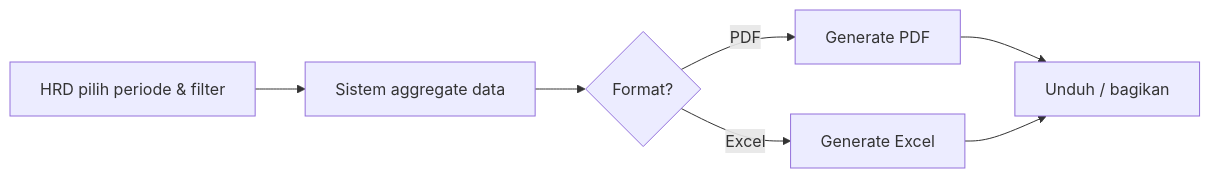
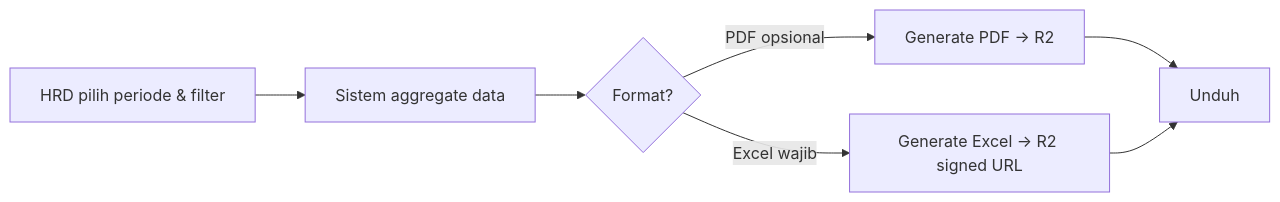
One commit to Capstone-Project-Team-B-2026/docs changed the sixth of 7 diagrams in docs/prd.md. Above: the diagram before and after it, drawn with Mermaid. The commit also changed other lines of this file and 12 other files, not shown here.

First line of the commit message:
docs: lock v1.0 — face on-device, ERD, NFR, testing, and board hygiene

````diff
--- a/docs/prd.md
+++ b/docs/prd.md
@@ -225,9 +270,9 @@
 ```mermaid
 flowchart LR
   A[HRD pilih periode & filter] --> B[Sistem aggregate data]
   B --> C{Format?}
-  C -->|PDF| D[Generate PDF]
-  C -->|Excel| E[Generate Excel]
-  D --> F[Unduh / bagikan]
+  C -->|Excel wajib| E[Generate Excel → R2 signed URL]
+  C -->|PDF opsional| D[Generate PDF → R2]
+  D --> F[Unduh]
   E --> F
 ```
````
